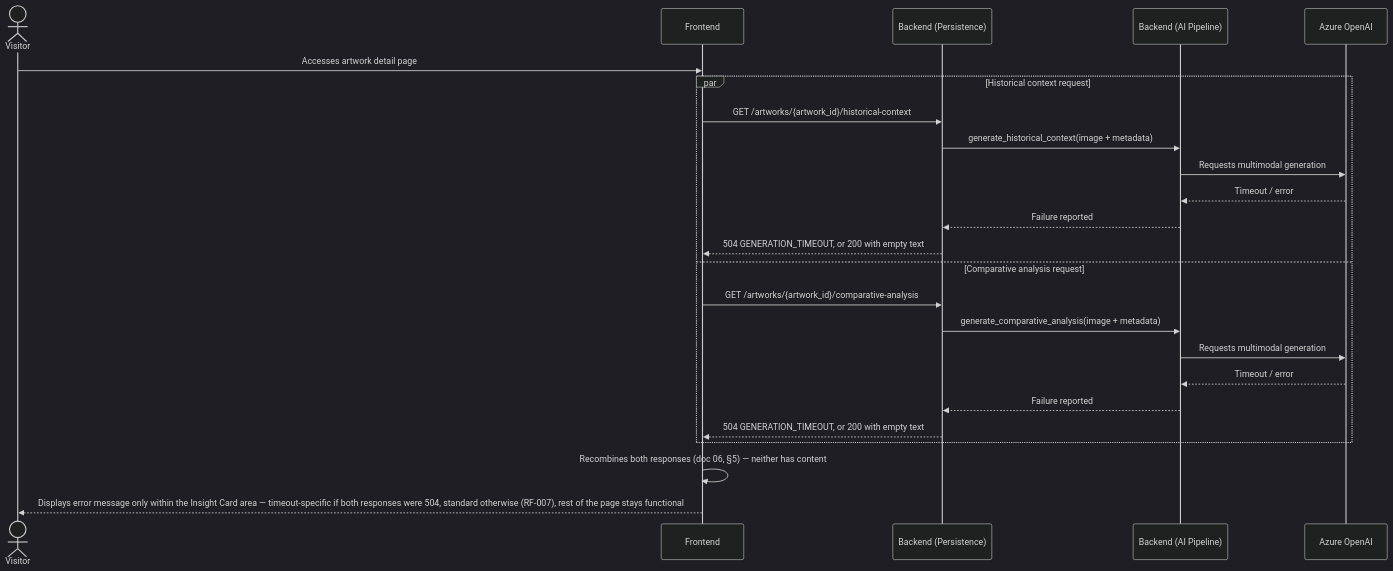
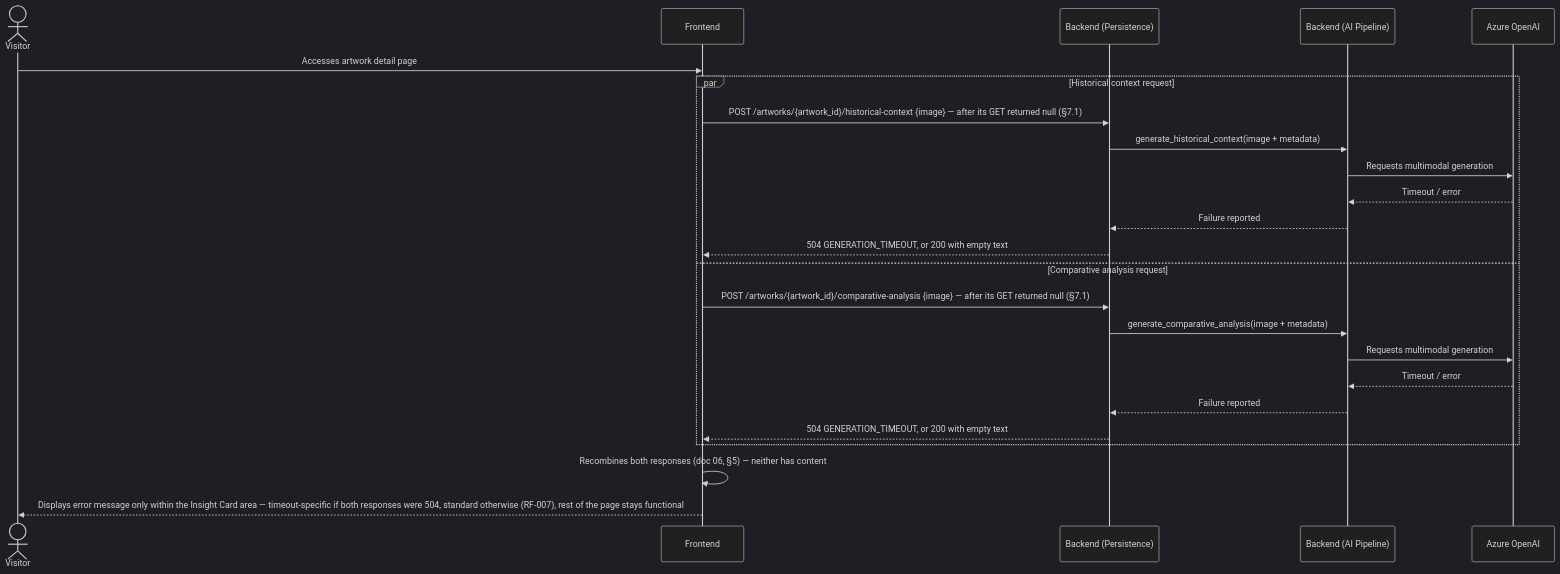
One commit to Jeferson-Filho/Art-Archive-Front-AI changed the fifth of 8 diagrams in documentation/specs/04-architecture.md. Above: the diagram before and after it, drawn with Mermaid (dark theme). The commit also changed other lines of this file and 5 other files, not shown here.

````diff
--- a/documentation/specs/04-architecture.md
+++ b/documentation/specs/04-architecture.md
@@ -234,27 +238,27 @@
 ```mermaid
 sequenceDiagram
     actor V as Visitor
     participant FE as Frontend
     participant BE as Backend (Persistence)
     participant AI as Backend (AI Pipeline)
     participant LLM as Azure OpenAI
 
     V->>FE: Accesses artwork detail page
     par Historical context request
-        FE->>BE: GET /artworks/{artwork_id}/historical-context
+        FE->>BE: POST /artworks/{artwork_id}/historical-context {image} — after its GET returned null (§7.1)
         BE->>AI: generate_historical_context(image + metadata)
         AI->>LLM: Requests multimodal generation
         LLM-->>AI: Timeout / error
         AI-->>BE: Failure reported
         BE-->>FE: 504 GENERATION_TIMEOUT, or 200 with empty text
     and Comparative analysis request
-        FE->>BE: GET /artworks/{artwork_id}/comparative-analysis
+        FE->>BE: POST /artworks/{artwork_id}/comparative-analysis {image} — after its GET returned null (§7.1)
         BE->>AI: generate_comparative_analysis(image + metadata)
         AI->>LLM: Requests multimodal generation
         LLM-->>AI: Timeout / error
         AI-->>BE: Failure reported
         BE-->>FE: 504 GENERATION_TIMEOUT, or 200 with empty text
     end
     FE->>FE: Recombines both responses (doc 06, §5) — neither has content
     FE-->>V: Displays error message only within the Insight Card area — timeout-specific if both responses were 504, standard otherwise (RF-007), rest of the page stays functional
 ```
````
